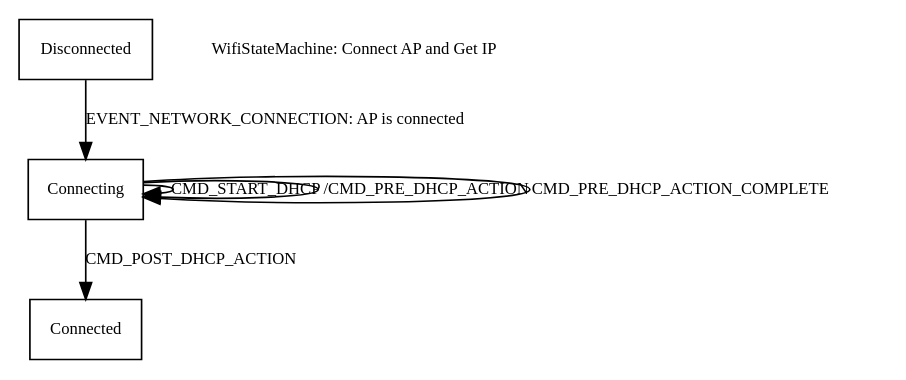
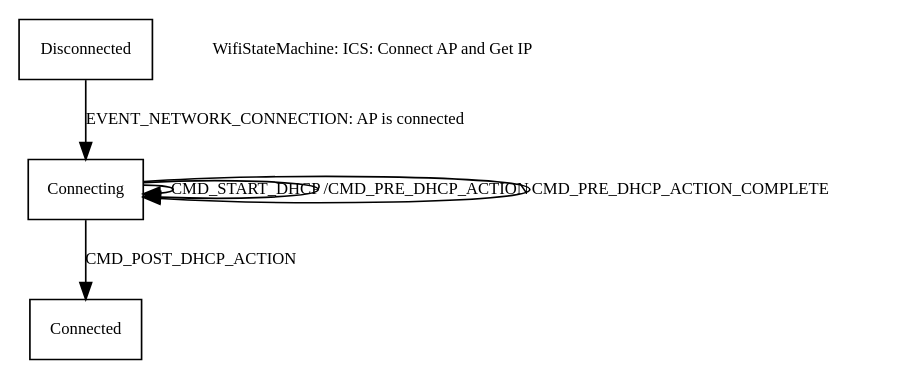
The diagram in SM_ConnectAP.dot (greatgauss/graphviz_script), drawn with Graphviz before and after one commit. The commit also changed other lines of this file and 4 other files, not shown here.

```diff
--- a/SM_ConnectAP.dot
+++ b/SM_ConnectAP.dot
@@ -1,14 +1,14 @@
 
 digraph automata_0 {
 	size = "8.5, 11";
 	fontname = "Microsoft YaHei";
 	fontsize = 15;
 	node [shape = record, fontname = "Microsoft YaHei", fontsize = 10];
 	edge [fontname = "Microsoft YaHei", fontsize = 10];
 	Disconnected -> Connecting[ label = "EVENT_NETWORK_CONNECTION: AP is connected" ];
 	Connecting -> Connecting[ label = "CMD_START_DHCP" ];
 	Connecting -> Connecting[ label = "  /CMD_PRE_DHCP_ACTION " ];
 	Connecting -> Connecting[ label = "  CMD_PRE_DHCP_ACTION_COMPLETE " ];
 	Connecting -> Connected[ label = "CMD_POST_DHCP_ACTION " ];
-	"WifiStateMachine: Connect AP and Get IP" [ shape = plaintext ];
+	"WifiStateMachine: ICS: Connect AP and Get IP" [ shape = plaintext ];
 }
```
